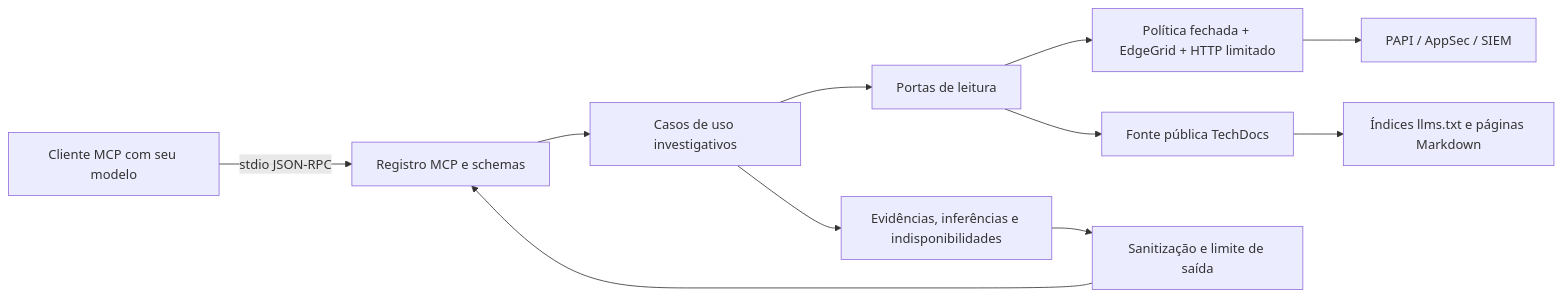
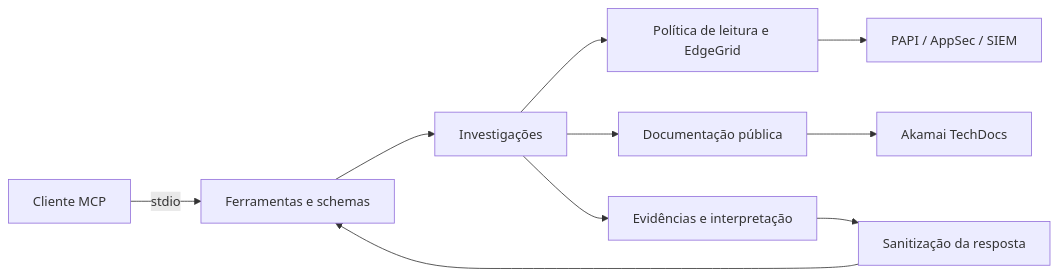
The diagram in docs/architecture.md (felcipriani/akamai-mcp), drawn with Mermaid before and after one commit. The commit also changed other lines of this file and 22 other files, not shown here.

````diff
--- a/docs/architecture.md
+++ b/docs/architecture.md
@@ -42,13 +5,12 @@
 ```mermaid
 flowchart LR
-    C[Cliente MCP com seu modelo] -->|stdio JSON-RPC| M[Registro MCP e schemas]
-    M --> A[Casos de uso investigativos]
-    A --> P[Portas de leitura]
-    P --> E[Política fechada + EdgeGrid + HTTP limitado]
-    P --> D[Fonte pública TechDocs]
+    C[Cliente MCP] -->|stdio| M[Ferramentas e schemas]
+    M --> A[Investigações]
+    A --> E[Política de leitura e EdgeGrid]
+    A --> D[Documentação pública]
     E --> K[PAPI / AppSec / SIEM]
-    D --> T[Índices llms.txt e páginas Markdown]
-    A --> R[Evidências, inferências e indisponibilidades]
-    R --> S[Sanitização e limite de saída]
+    D --> T[Akamai TechDocs]
+    A --> R[Evidências e interpretação]
+    R --> S[Sanitização da resposta]
     S --> M
 ```
````
